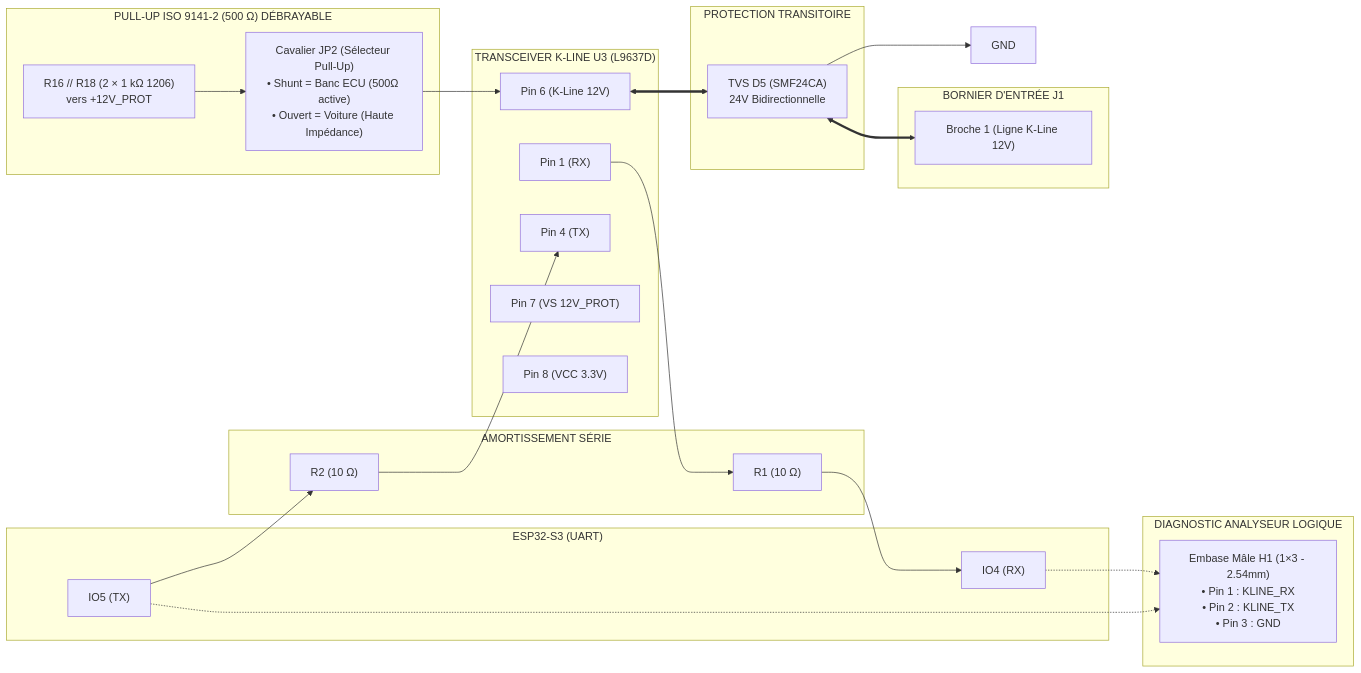
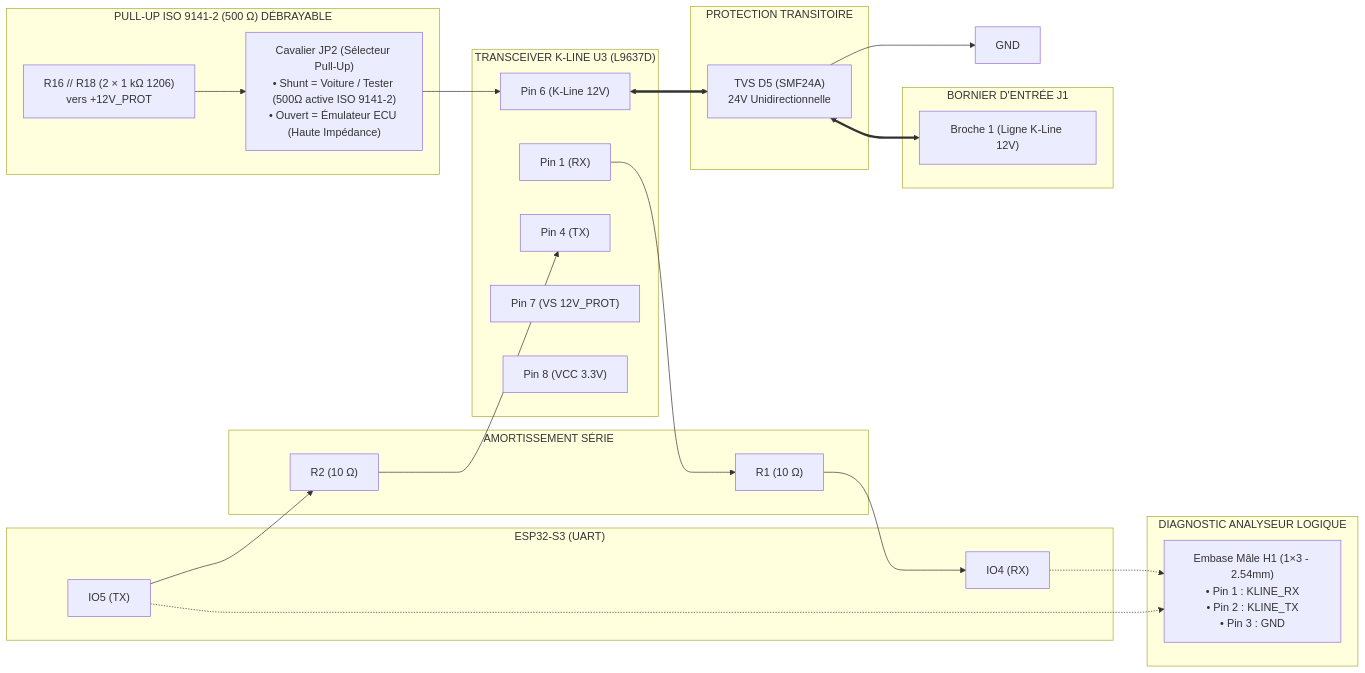
Before and after one commit to nitrogene/OBD2: the seventh of 13 diagrams in HARDWARE.md, drawn with Mermaid. The commit also changed other lines of this file and 9 other files, not shown here.

First line of the commit message:
feat(schematic): validation Phase 1, correctifs revues 005/006 et contrôle ERC

````diff
--- a/HARDWARE.md
+++ b/HARDWARE.md
@@ -364,57 +370,57 @@
 ```mermaid
 %%{init: {
   'themeVariables': {
     'fontFamily': 'Consolas, "Courier New", monospace',
     'fontSize': '12px'
   },
   'flowchart': {
     'curve': 'stepBefore',
     'nodeSpacing': 20,
     'rankSpacing': 30
   }
 }}%%
 flowchart LR
     subgraph MCU["ESP32-S3 (UART)"]
         MCU_TX["IO5 (TX)"]
         MCU_RX["IO4 (RX)"]
     end
 
     subgraph DAMPING["AMORTISSEMENT SÉRIE"]
         R2["R2 (10 Ω)"]
         R1["R1 (10 Ω)"]
     end
 
     subgraph DIAG_K["DIAGNOSTIC ANALYSEUR LOGIQUE"]
         H1["Embase Mâle H1 (1×3 - 2.54mm)\n• Pin 1 : KLINE_RX\n• Pin 2 : KLINE_TX\n• Pin 3 : GND"]
     end
 
     subgraph K_IC["TRANSCEIVER K-LINE U3 (L9637D)"]
         K_TX["Pin 4 (TX)"]
         K_RX["Pin 1 (RX)"]
         K_PIN["Pin 6 (K-Line 12V)"]
         K_VS["Pin 7 (VS 12V_PROT)"]
         K_VCC["Pin 8 (VCC 3.3V)"]
     end
 
     subgraph PULLUP["PULL-UP ISO 9141-2 (500 Ω) DÉBRAYABLE"]
         R16_R18["R16 // R18 (2 × 1 kΩ 1206)\nvers +12V_PROT"]
-        JP2_BOX["Cavalier JP2 (Sélecteur Pull-Up)\n• Shunt = Banc ECU (500Ω active)\n• Ouvert = Voiture (Haute Impédance)"]
+        JP2_BOX["Cavalier JP2 (Sélecteur Pull-Up)\n• Shunt = Voiture / Tester (500Ω active ISO 9141-2)\n• Ouvert = Émulateur ECU (Haute Impédance)"]
     end
 
     subgraph PROT_K["PROTECTION TRANSITOIRE"]
-        D5["TVS D5 (SMF24CA)\n24V Bidirectionnelle"]
+        D5["TVS D5 (SMF24A)\n24V Unidirectionnelle"]
     end
 
     subgraph BORNIER_CONN["BORNIER D'ENTRÉE J1"]
         PIN1_CONN["Broche 1 (Ligne K-Line 12V)"]
     end
 
     MCU_TX --> R2 --> K_TX
     K_RX --> R1 --> MCU_RX
     MCU_RX -.-> H1
     MCU_TX -.-> H1
     R16_R18 --> JP2_BOX --> K_PIN
     K_PIN <==> D5
     D5 --> GND_K["GND"]
     D5 <==> PIN1_CONN
 ```
````
